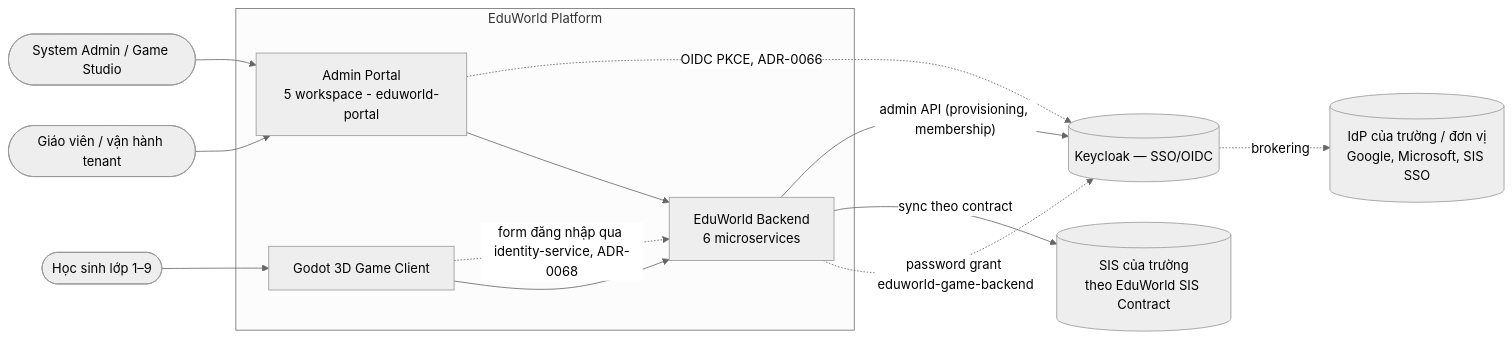
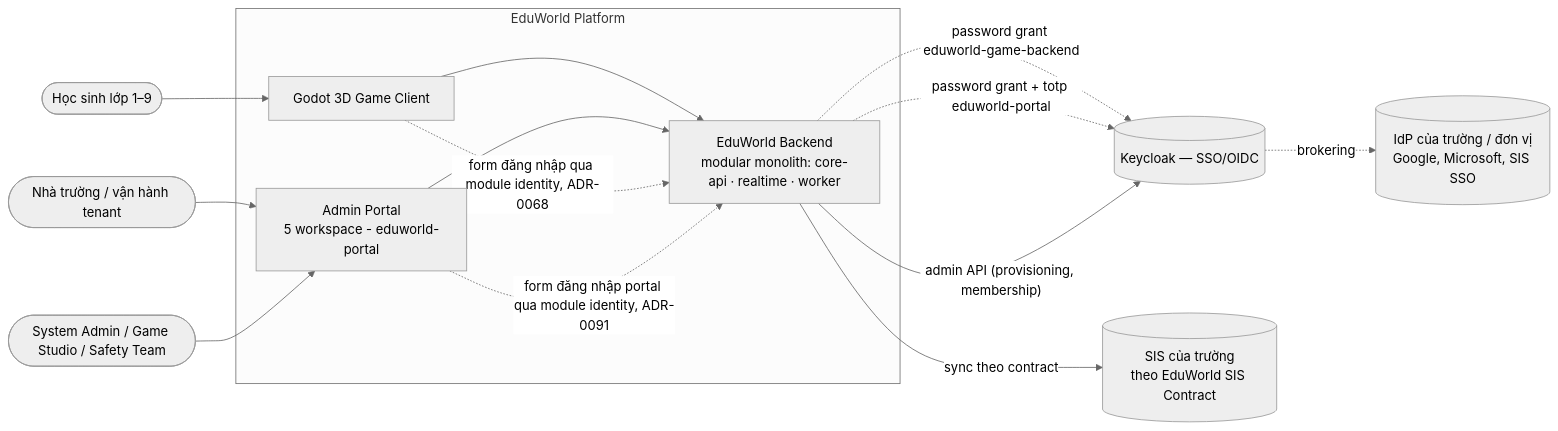
Before and after one commit to tanguyen2020/eduworld-platform: the first of 5 diagrams in docs/06-architecture/SYSTEM_ARCHITECTURE.md, drawn with Mermaid (neutral theme). The commit also changed other lines of this file and 922 other files, not shown here.

````diff
--- a/docs/06-architecture/SYSTEM_ARCHITECTURE.md
+++ b/docs/06-architecture/SYSTEM_ARCHITECTURE.md
@@ -37,28 +39,29 @@
 ```mermaid
 flowchart LR
   student([Học sinh lớp 1–9])
-  teacher([Giáo viên / vận hành tenant])
-  sysadmin([System Admin / Game Studio])
+  schoolstaff([Nhà trường / vận hành tenant])
+  sysadmin([System Admin / Game Studio / Safety Team])
 
   subgraph EW[EduWorld Platform]
     game[Godot 3D Game Client]
     web[Admin Portal\n5 workspace - eduworld-portal]
-    core[EduWorld Backend\n6 microservices]
+    core[EduWorld Backend\nmodular monolith: core-api · realtime · worker]
   end
 
   kc[(Keycloak — SSO/OIDC)]
   idp[(IdP của trường / đơn vị\nGoogle, Microsoft, SIS SSO)]
   sis[(SIS của trường\ntheo EduWorld SIS Contract)]
 
   student --> game
-  teacher --> web
+  schoolstaff --> web
   sysadmin --> web
   game --> core
   web --> core
-  game -.->|form đăng nhập qua identity-service, ADR-0068| core
+  game -.->|form đăng nhập qua module identity, ADR-0068| core
   core -.->|password grant eduworld-game-backend| kc
-  web -.->|OIDC PKCE, ADR-0066| kc
+  web -.->|form đăng nhập portal qua module identity, ADR-0091| core
+  core -.->|password grant + totp eduworld-portal| kc
   kc -.->|brokering| idp
   core -- sync theo contract --> sis
   core -- admin API (provisioning, membership) --> kc
 ```
````
